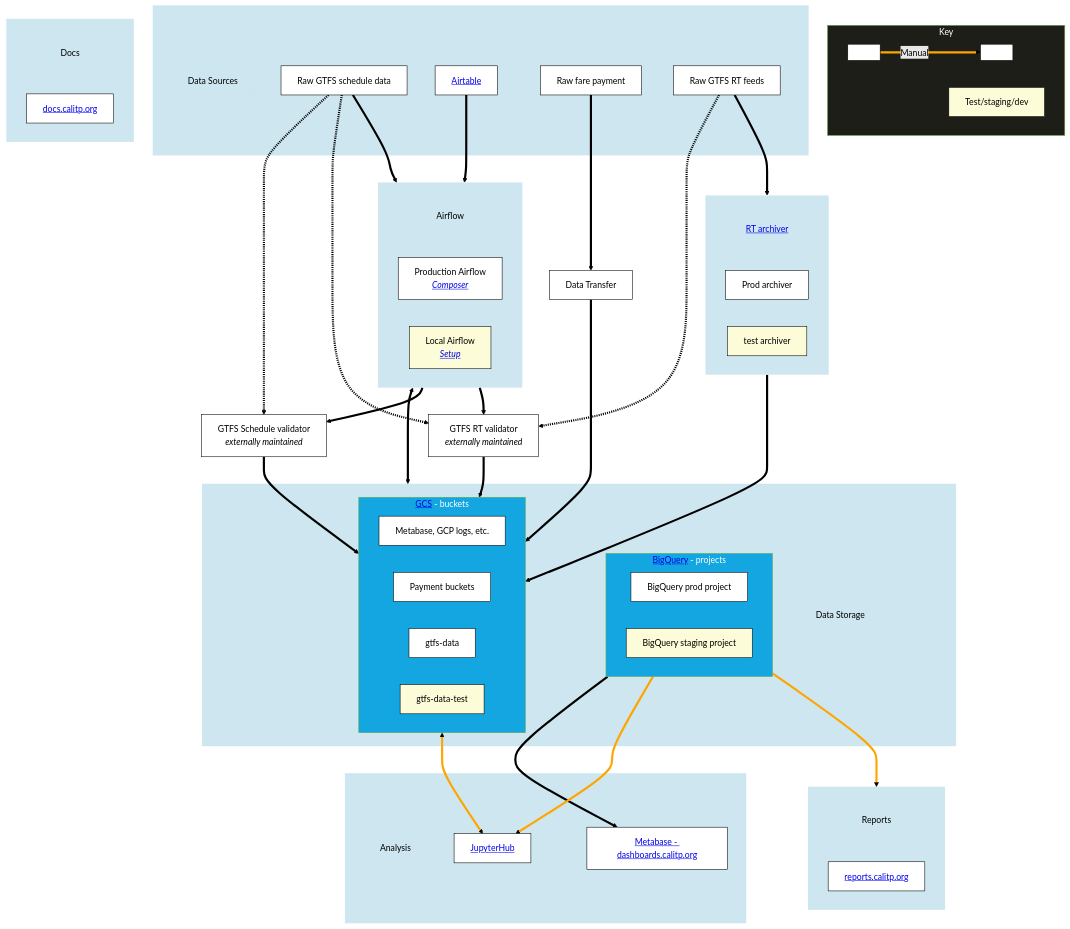
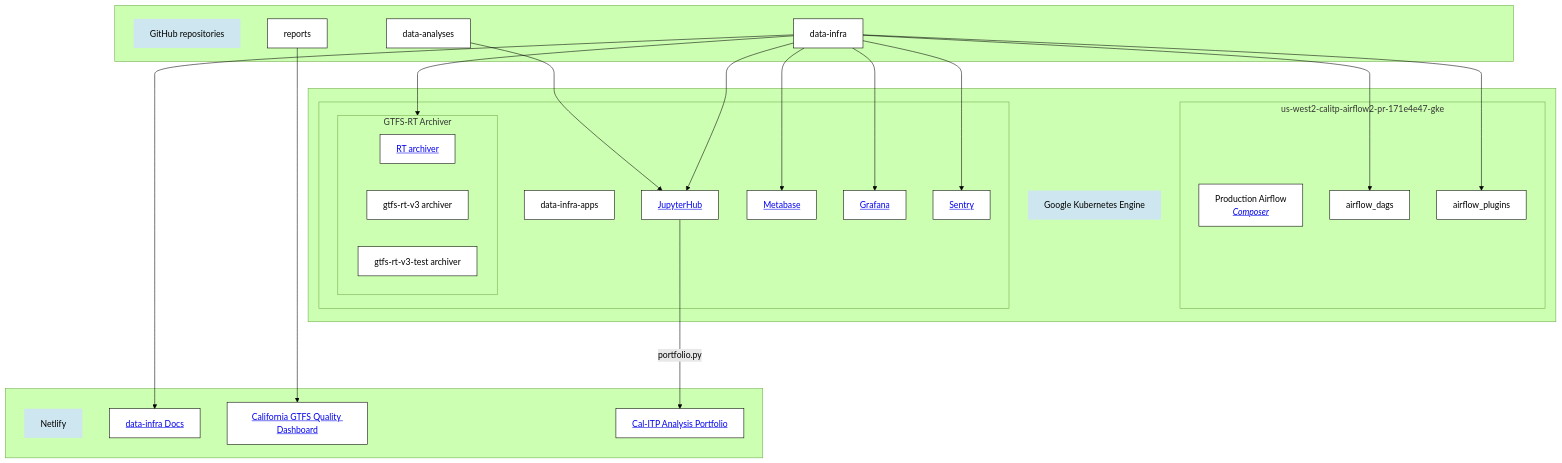
Before and after one commit to cal-itp/data-infra: the diagram in docs/architecture/architecture_overview.md, drawn with Mermaid (forest theme). The commit also changed other lines of this file, not shown here.

Commit message:
start on new infra/arch docs

````diff
--- a/docs/architecture/architecture_overview.md
+++ b/docs/architecture/architecture_overview.md
@@ -6,96 +6,54 @@
 flowchart TD
 %% note that you seemingly cannot have a subgraph that only contains other subgraphs
 %% so I am using "label" nodes to make sure each subgraph has at least one direct child
-    subgraph key[Key]
-        empty3[ ]--Manual-->empty4[ ]
-        test[Test/staging/dev]
+    subgraph repos[ ]
+        repos_label[GitHub repositories]
+        data_infra_repo[data-infra]
+        data_analyses_repo[data-analyses]
+        reports_repo[reports]
     end
-    subgraph data_sources[ ]
-        data_sources_label[Data Sources]
-        raw_gtfs[Raw GTFS schedule data]
-        airtable[<a href='https://airtable.com/'>Airtable</a>]
-        raw_payment[Raw fare payment]
-        raw_rt[Raw GTFS RT feeds]
-    end
-    subgraph airflow[ ]
-        airflow_label[Airflow]
-        airflow_prod[Production Airflow <br><i><a href='https://console.cloud.google.com/composer/environments?project=cal-itp-data-infra&supportedpurview=project'>Composer</a></i>]
-        airflow_local[Local Airflow <br><i><a href='https://github.com/cal-itp/data-infra/blob/main/airflow/README.md'>Setup</a></i>]
-    end
-    subgraph data_storage[ ]
-        data_storage_label[Data Storage]
-        subgraph bq[<a href='https://console.cloud.google.com/bigquery'>BigQuery</a> - projects]
-            bq_prod[BigQuery prod project]
-            bq_stage[BigQuery staging project]
+    subgraph kubernetes[ ]
+        kubernetes_label[Google Kubernetes Engine]
+        subgraph airflow[us-west2-calitp-airflow2-pr-171e4e47-gke]
+            airflow_label[Production Airflow <br><i><a href='https://console.cloud.google.com/composer/environments?project=cal-itp-data-infra&supportedpurview=project'>Composer</a></i>]
+            airflow_dags
+            airflow_plugins
         end
-        subgraph gcs[<a href='https://console.cloud.google.com/storage/browser'>GCS</a> - buckets]
-            gcs_other[Metabase, GCP logs, etc.]
-            gcs_payment[Payment buckets]
-            gcs_gtfs[gtfs-data]
-            gcs_gtfs_test[gtfs-data-test]
+        subgraph data_infra_apps_cluster[ ]
+            data_infra_apps_label[data-infra-apps]
+            subgraph rt_archiver[GTFS-RT Archiver]
+                rt_archiver_label[<a href='https://github.com/cal-itp/data-infra/tree/main/services/gtfs-rt-archiver-v3'>RT archiver</a>]
+                prod_rt_archiver[gtfs-rt-v3 archiver]
+                test_rt_archiver[gtfs-rt-v3-test archiver]
+            end
+            jupyterhub[<a href='https://notebooks.calitp.org'>JupyterHub</a>]
+            metabase[<a href='https://dashboards.calitp.org'>Metabase</a>]
+            grafana[<a href='https://monitoring.calitp.org'>Grafana</a>]
+            sentry[<a href='https://sentry.calitp.org'>Sentry</a>]
         end
     end
-    subgraph rt_archiver[ ]
-        rt_archiver_label[<a href='https://github.com/cal-itp/data-infra/tree/main/services/gtfs-rt-archive'>RT archiver</a>]
-        prod_rt_archiver[Prod archiver]
-        prepod_rt_archiver[test archiver]
+
+    subgraph netlify[ ]
+        netlify_label[Netlify]
+        data_infra_docs[<a href='https://docs.calitp.org/data-infra'>data-infra Docs</a>]
+        reports_website[<a href='https://reports.calitp.org'>California GTFS Quality Dashboard</a>]
+        analysis_portfolio[<a href='https://analysis.calitp.org'>Cal-ITP Analysis Portfolio</a>]
     end
-    subgraph reports[ ]
-        reports_label[Reports]
-        reports_website[<a href='https://reports.calitp.org'>reports.calitp.org</a>]
-    end
-    subgraph docs[ ]
-        docs_label[Docs]
-        docs_website[<a href='https://docs.calitp.org'>docs.calitp.org</a>]
-    end
-    subgraph analysis_tools[ ]
-        analysis_tools_label[Analysis]
-        jupyterhub[<a href='https://hubtest.k8s.calitp.jarv.us/hub/'>JupyterHub</a>]
-        metabase[<a href='https://dashboards.calitp.org/'>Metabase - dashboards.calitp.org</a>]
-    end
-%% links from data sources
-raw_payment --> data_transfer[Data Transfer]
-raw_rt --> rt_archiver
-raw_gtfs --> airflow
-airtable --> airflow
-raw_gtfs -.-> schedule_validator
-raw_gtfs -.-> rt_validator
-raw_rt -.-> rt_validator
-%% links from data storage
-bq --> metabase
-bq --> jupyterhub
-bq --> reports
-gcs <--> jupyterhub
-%% links from ungrouped items
-data_transfer --> gcs
-rt_archiver --> gcs
-airflow <--> data_storage
-airflow --> schedule_validator[GTFS Schedule validator  <br> <i>externally maintained</i>]
-airflow --> rt_validator[GTFS RT validator <br> <i>externally maintained</i>]
-schedule_validator --> gcs
-rt_validator --> gcs
-%% define styles
+
+data_infra_repo --> airflow_dags
+data_infra_repo --> airflow_plugins
+data_infra_repo --> rt_archiver
+data_infra_repo --> jupyterhub
+data_infra_repo --> metabase
+data_infra_repo --> grafana
+data_infra_repo --> sentry
+
+data_infra_repo --> data_infra_docs
+data_analyses_repo --> jupyterhub --->|portfolio.py| analysis_portfolio
+reports_repo --> reports_website
+
 classDef default fill:white, color:black, stroke:black, stroke-width:1px
-%% yellow for testing / staging versions
-classDef teststyle fill:#fdfcd8, color:#000000
-%% styling for groups & their labels
 classDef group_labelstyle fill:#cde6ef, color:black, stroke-width:0px
-%% styling for subgroups
-classDef subgroupstyle fill:#14A6E0, color:white
-%% styling for the key
-classDef keystyle fill:#1e1e19, color: white
-%% apply test styles
-class prepod_rt_archiver,bq_stage,gcs_gtfs_test,airflow_local,test teststyle
-%% apply label styles
-class data_storage_label,data_sources_label,reports_label,docs_label,analysis_tools_label,airflow_label,rt_archiver_label group_labelstyle
-%% apply group styles
-class data_storage,data_sources,reports,docs,analysis_tools,airflow,rt_archiver group_labelstyle
-%% apply subgroup styles
-class gcs,bq subgroupstyle
-%% style the key
-class key keystyle
-%% default arrow style
-linkStyle default stroke:black, stroke-width:4px
-%% manual connection arrow style
-linkStyle 0,9,10,11 stroke:orange, stroke-width:4px
+class repos_label,kubernetes_label,netlify_label group_labelstyle
+
 ```
````
